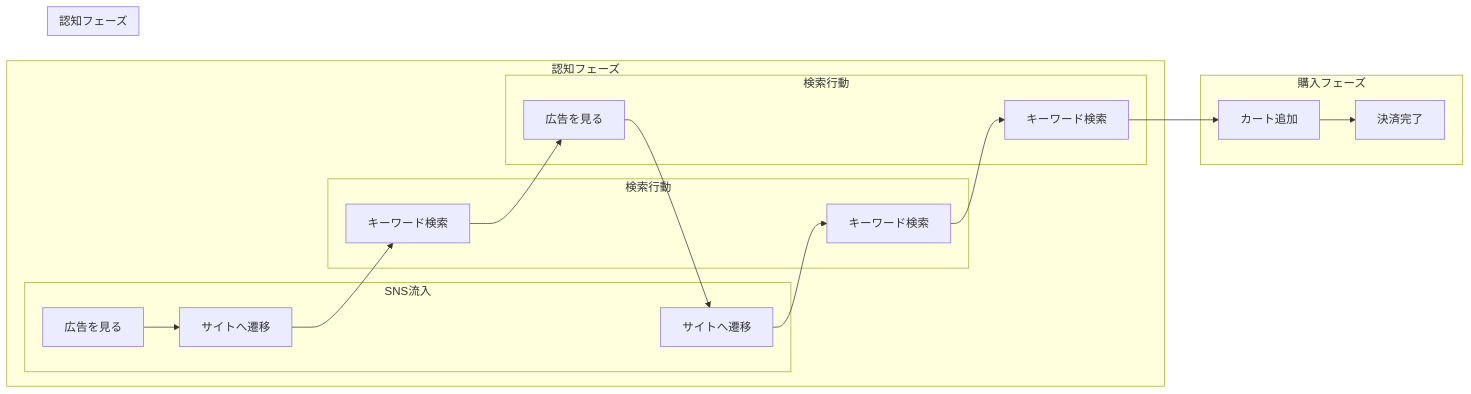
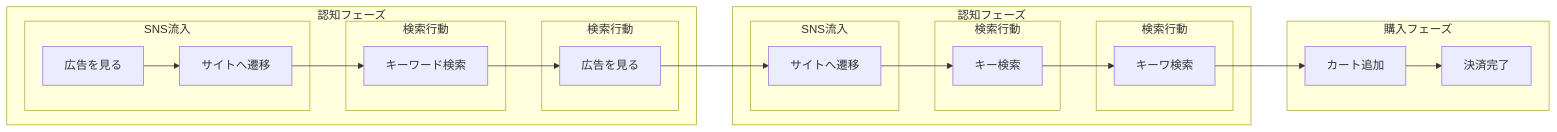
One commit to hobby-pc2026/linux-install changed the diagram in linux-install-02.md. Above: the diagram before and after it, drawn with Mermaid.

````diff
--- a/linux-install-02.md
+++ b/linux-install-02.md
@@ -3,28 +3,28 @@
 ```mermaid
 flowchart LR
     subgraph フェーズ1 [認知フェーズ]
         subgraph サブ1 [SNS流入]
             A[広告を見る] --> B[サイトへ遷移]
         end
         subgraph サブ2 [検索行動]
             B --> C[キーワード検索]
         end
         subgraph サブ3 [検索行動]
-            C --> D[キーワード検索]
+            C --> D[広告を見る]
         end
     end
     subgraph フェーズ2 [認知フェーズ]
-        subgraph サブ1 [SNS流入]
+        subgraph サブ4 [SNS流入]
             D[広告を見る] --> E[サイトへ遷移]
         end
-        subgraph サブ2 [検索行動]
-            E --> F[キーワード検索]
+        subgraph サブ5 [検索行動]
+            E --> F[キー検索]
         end
-        subgraph サブ3 [検索行動]
-            F --> G[キーワード検索]
+        subgraph サブ6 [検索行動]
+            F --> G[キーワ検索]
         end
     end
     subgraph フェーズ3 [購入フェーズ]
         G --> H[カート追加] --> I[決済完了]
     end
 ```
````
